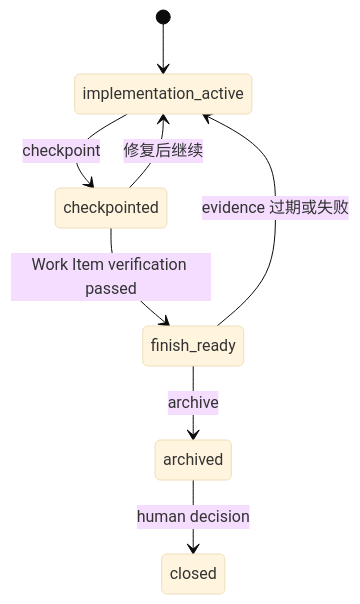
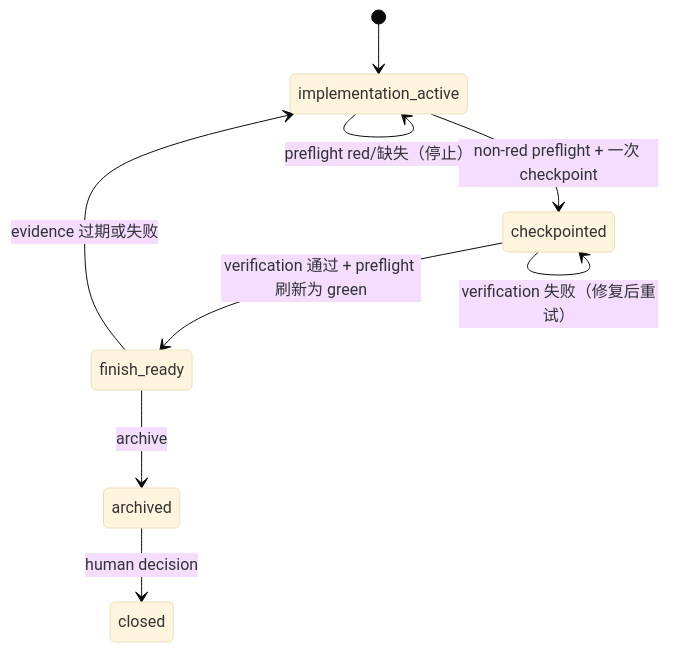
One commit to xinglun/ai-cockpit changed the second of 3 diagrams in docs/architecture.zh-CN.md. Above: the diagram before and after it, drawn with Mermaid (base theme). The commit also changed 31 other files, not shown here.

````diff
--- a/docs/architecture.zh-CN.md
+++ b/docs/architecture.zh-CN.md
@@ -60,10 +60,11 @@
 ```mermaid
 stateDiagram-v2
     [*] --> implementation_active
-    implementation_active --> checkpointed: checkpoint
-    checkpointed --> finish_ready: Work Item verification passed
+    implementation_active --> checkpointed: non-red preflight + 一次 checkpoint
+    checkpointed --> finish_ready: verification 通过 + preflight 刷新为 green
     finish_ready --> archived: archive
     archived --> closed: human decision
-    checkpointed --> implementation_active: 修复后继续
+    implementation_active --> implementation_active: preflight red/缺失（停止）
+    checkpointed --> checkpointed: verification 失败（修复后重试）
     finish_ready --> implementation_active: evidence 过期或失败
 ```
````
